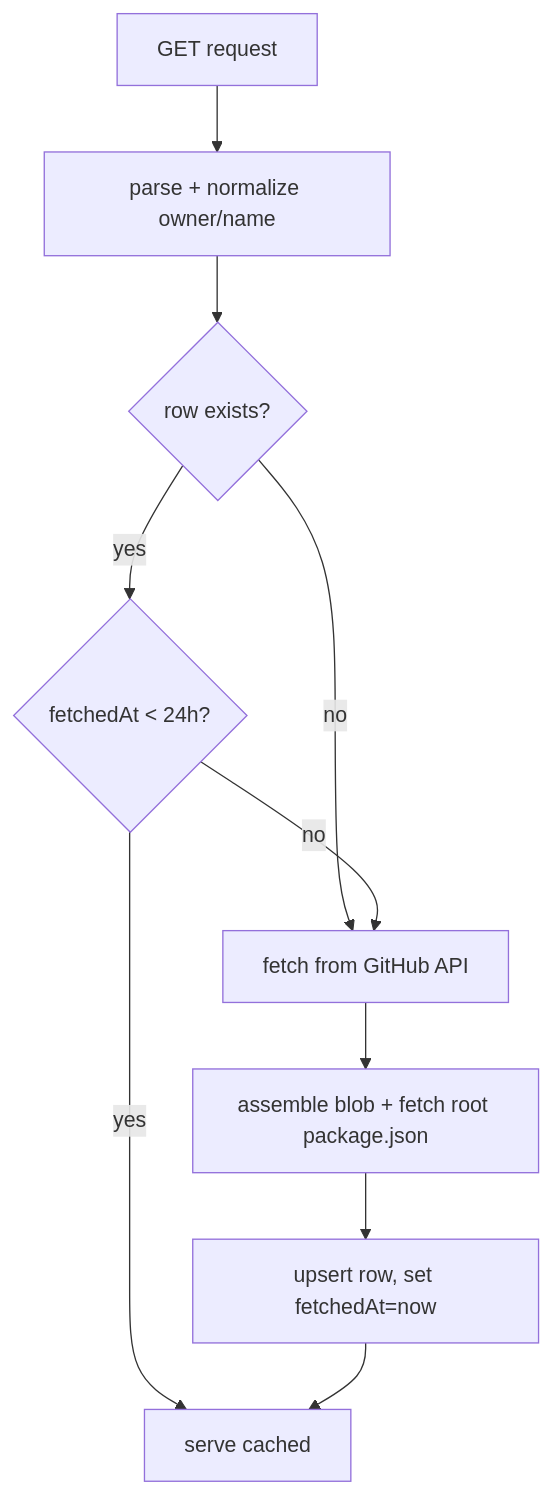
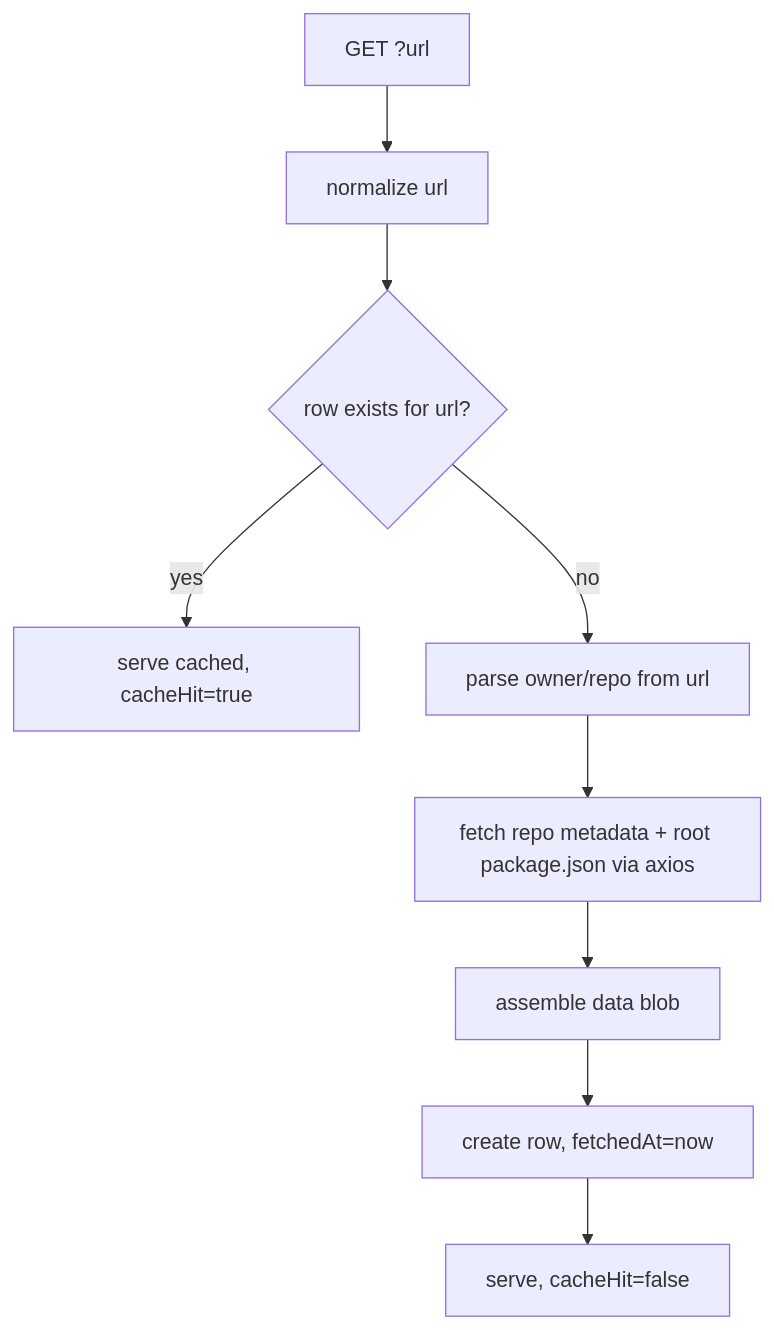
The diagram in plan/sources-github.md (phritz/isitsketchy), drawn with Mermaid before and after one commit. The commit also changed other lines of this file and 18 other files, not shown here.

````diff
--- a/plan/sources-github.md
+++ b/plan/sources-github.md
@@ -49,12 +49,11 @@
 ```mermaid
 flowchart TD
-    A[GET request] --> B[parse + normalize owner/name]
-    B --> C{row exists?}
-    C -->|no| F[fetch from GitHub API]
-    C -->|yes| D{fetchedAt < 24h?}
-    D -->|yes| E[serve cached]
-    D -->|no| F
-    F --> G[assemble blob + fetch root package.json]
-    G --> H[upsert row, set fetchedAt=now]
-    H --> E
+    A["GET ?url"] --> B[normalize url]
+    B --> C{row exists for url?}
+    C -->|yes| E[serve cached, cacheHit=true]
+    C -->|no| F[parse owner/repo from url]
+    F --> G[fetch repo metadata + root package.json via axios]
+    G --> H[assemble data blob]
+    H --> I[create row, fetchedAt=now]
+    I --> J[serve, cacheHit=false]
 ```
````
